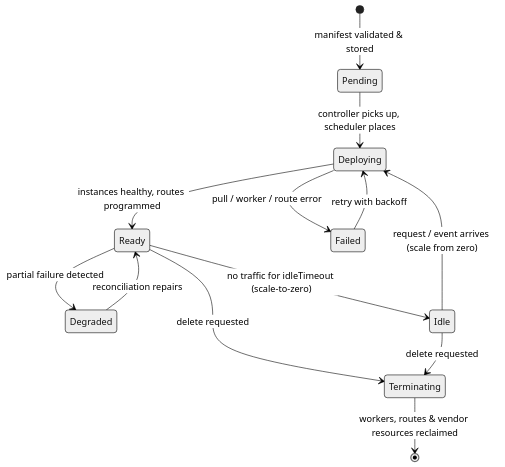
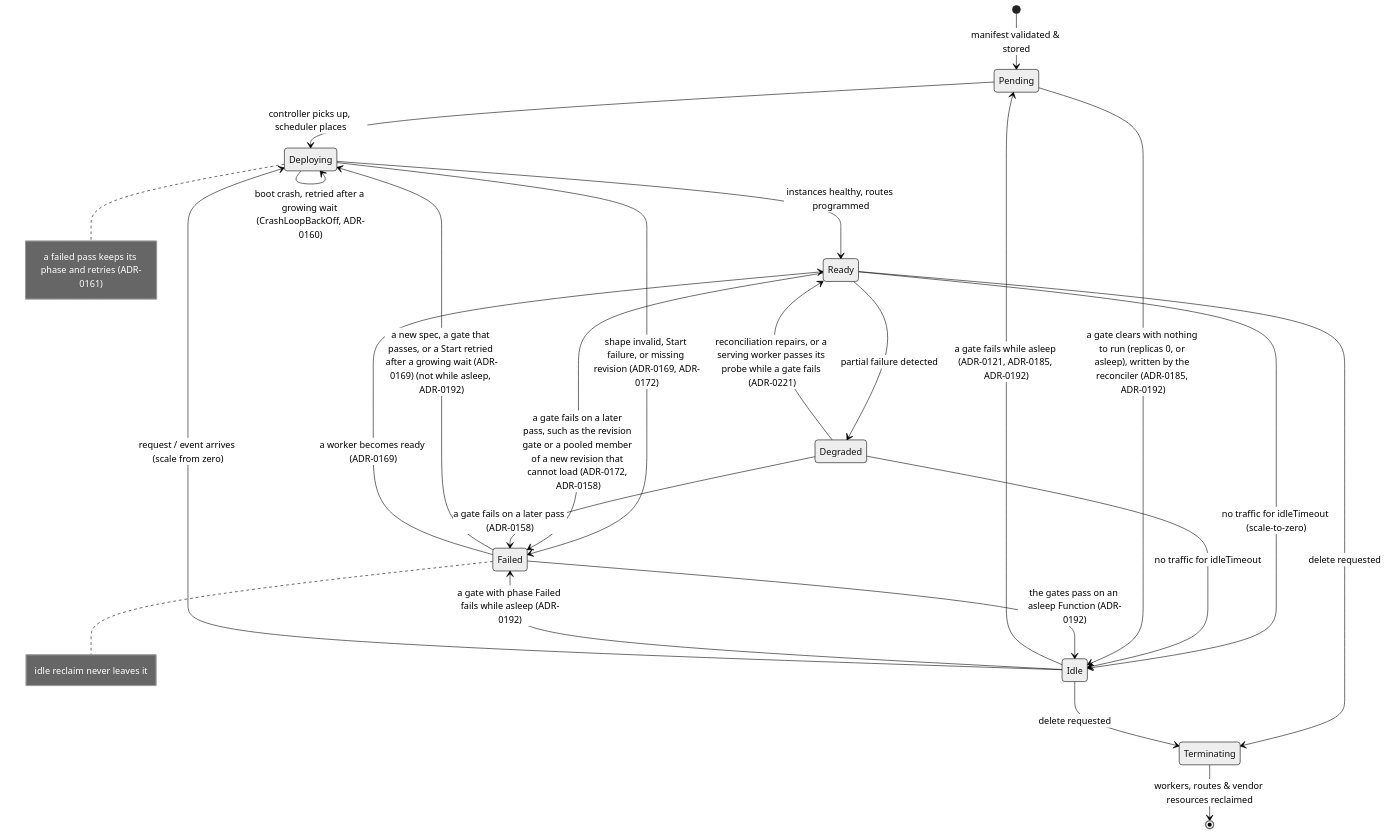
One commit to pyvvo/funcd changed the first of 4 diagrams in docs/PROJECT-SUMMARY.md. Above: the diagram before and after it, drawn with Mermaid (neutral theme). The commit also changed other lines of this file, not shown here.

First line of the commit message:
docs: refresh PROJECT-SUMMARY through ADR-0244

````diff
--- a/docs/PROJECT-SUMMARY.md
+++ b/docs/PROJECT-SUMMARY.md
@@ -113,15 +127,26 @@
 ```mermaid
 stateDiagram-v2
     [*] --> Pending : manifest validated & stored
     Pending --> Deploying : controller picks up, scheduler places
     Deploying --> Ready : instances healthy, routes programmed
-    Deploying --> Failed : pull / worker / route error
-    Failed --> Deploying : retry with backoff
+    Deploying --> Deploying : boot crash, retried after a growing wait (CrashLoopBackOff, ADR-0160)
+    Deploying --> Failed : shape invalid, Start failure, or missing revision (ADR-0169, ADR-0172)
+    note right of Deploying : a failed pass keeps its phase and retries (ADR-0161)
+    Ready --> Failed : a gate fails on a later pass, such as the revision gate or a pooled member of a new revision that cannot load (ADR-0172, ADR-0158)
+    Degraded --> Failed : a gate fails on a later pass (ADR-0158)
+    Failed --> Deploying : a new spec, a gate that passes, or a Start retried after a growing wait (ADR-0169) (not while asleep, ADR-0192)
+    Failed --> Ready : a worker becomes ready (ADR-0169)
+    note right of Failed : idle reclaim never leaves it
     Ready --> Degraded : partial failure detected
-    Degraded --> Ready : reconciliation repairs
+    Degraded --> Ready : reconciliation repairs, or a serving worker passes its probe while a gate fails (ADR-0221)
     Ready --> Idle : no traffic for idleTimeout (scale-to-zero)
+    Degraded --> Idle : no traffic for idleTimeout
+    Pending --> Idle : a gate clears with nothing to run (replicas 0, or asleep), written by the reconciler (ADR-0185, ADR-0192)
+    Idle --> Pending : a gate fails while asleep (ADR-0121, ADR-0185, ADR-0192)
+    Idle --> Failed : a gate with phase Failed fails while asleep (ADR-0192)
+    Failed --> Idle : the gates pass on an asleep Function (ADR-0192)
     Idle --> Deploying : request / event arrives (scale from zero)
     Ready --> Terminating : delete requested
     Idle --> Terminating : delete requested
     Terminating --> [*] : workers, routes & vendor resources reclaimed
 ```
````
